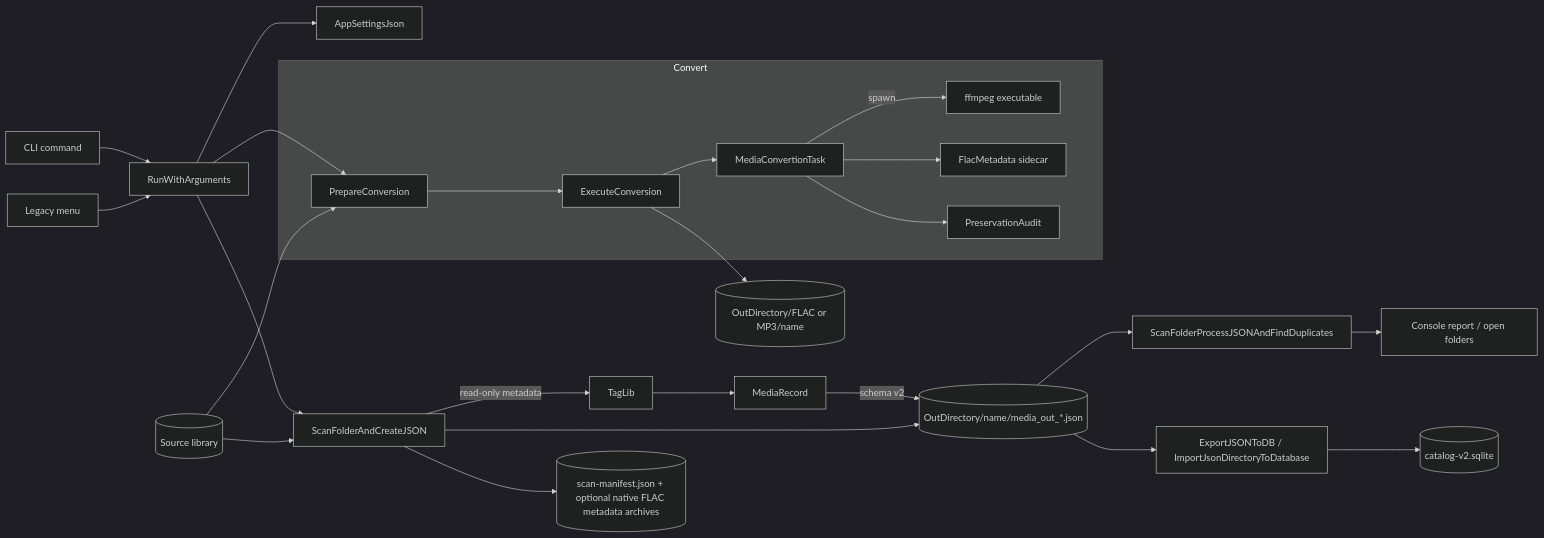
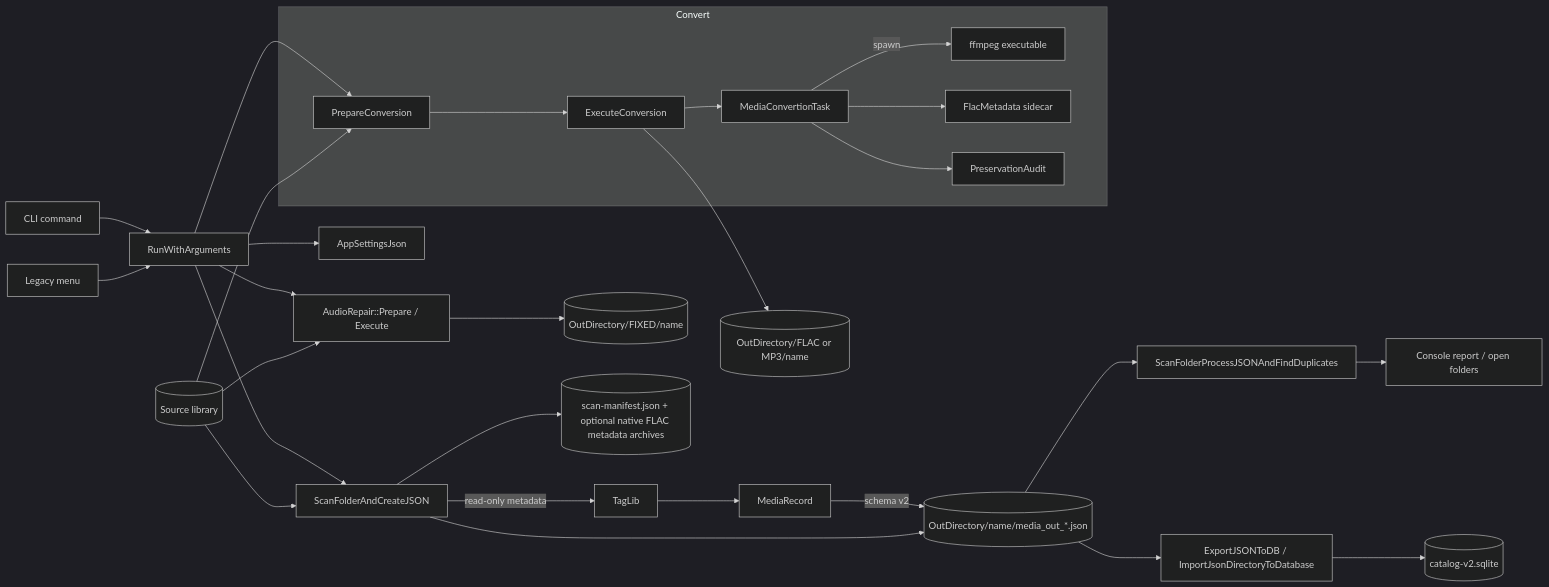
The diagram in FlacConvert/DESIGN.md (guyker/AudioFormatConverter), drawn with Mermaid (dark theme) before and after one commit. The commit also changed other lines of this file and 11 other files, not shown here.

````diff
--- a/FlacConvert/DESIGN.md
+++ b/FlacConvert/DESIGN.md
@@ -45,27 +47,30 @@
 ```mermaid
 flowchart LR
     CLI[CLI command] --> RWA[RunWithArguments]
     Menu[Legacy menu] --> RWA
     RWA --> CFG[AppSettingsJson]
     subgraph Convert
         PC[PrepareConversion] --> EC[ExecuteConversion]
         EC --> MCT[MediaConvertionTask]
         MCT -->|spawn| FF[ffmpeg executable]
         MCT --> FM[FlacMetadata sidecar]
         MCT --> PA[PreservationAudit]
     end
     RWA --> PC
     SRC[(Source library)] --> PC
     EC --> OUT[(OutDirectory/FLAC or MP3/name)]
+    RWA --> AR[AudioRepair::Prepare / Execute]
+    SRC --> AR
+    AR --> FIXED[(OutDirectory/FIXED/name)]
     RWA --> SCAN[ScanFolderAndCreateJSON]
     SRC --> SCAN
     SCAN -->|read-only metadata| TAGLIB[TagLib]
     TAGLIB --> RECORD[MediaRecord]
     RECORD -->|schema v2| JSON
     SCAN --> JSON[(OutDirectory/name/media_out_*.json)]
     SCAN --> MANIFEST[(scan-manifest.json + optional native FLAC metadata archives)]
     JSON --> DUP[ScanFolderProcessJSONAndFindDuplicates]
     DUP --> REP[Console report / open folders]
     JSON --> DB[ExportJSONToDB / ImportJsonDirectoryToDatabase]
     DB --> SQL[(catalog-v2.sqlite)]
 ```
````
